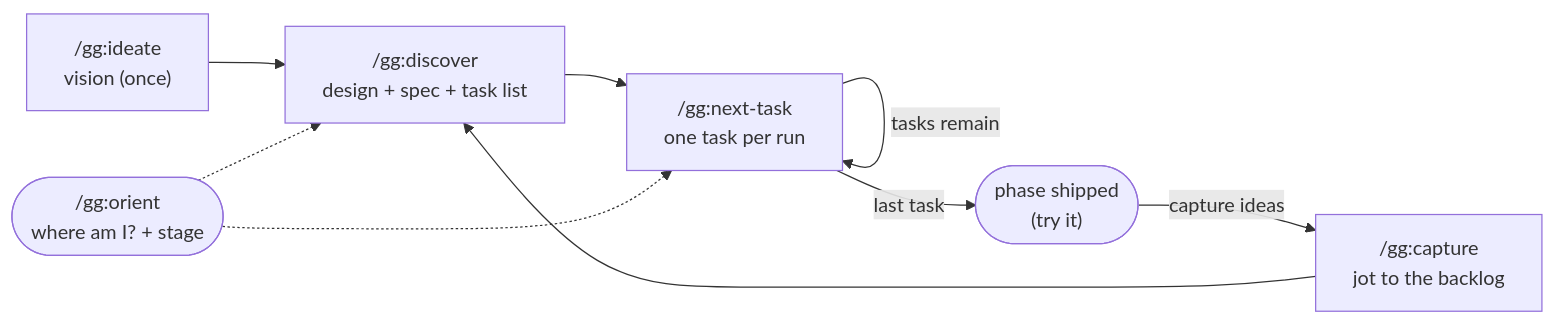
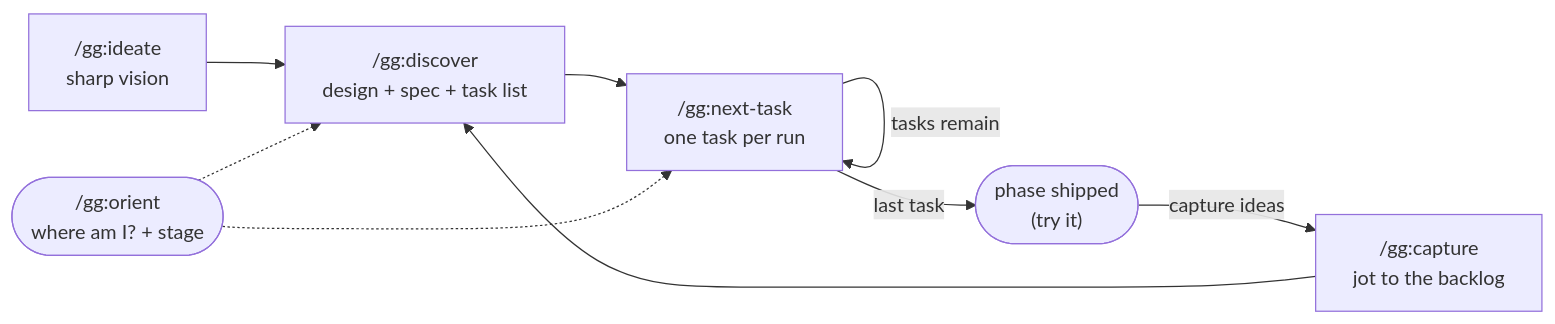
One commit to javimoya/gg changed the diagram in README.md. Above: the diagram before and after it, drawn with Mermaid. The commit also changed other lines of this file and 9 other files, not shown here.

````diff
--- a/README.md
+++ b/README.md
@@ -78,11 +78,11 @@
 ```mermaid
 flowchart LR
-    I["/gg:ideate<br/>vision (once)"] --> D["/gg:discover<br/>design + spec + task list"]
+    I["/gg:ideate<br/>sharp vision"] --> D["/gg:discover<br/>design + spec + task list"]
     D --> N["/gg:next-task<br/>one task per run"]
     N -- tasks remain --> N
     N -- last task --> S(["phase shipped<br/>(try it)"])
     S -- capture ideas --> C["/gg:capture<br/>jot to the backlog"]
     C --> D
     O(["/gg:orient<br/>where am I? + stage"]) -.-> D
     O -.-> N
 ```
````
